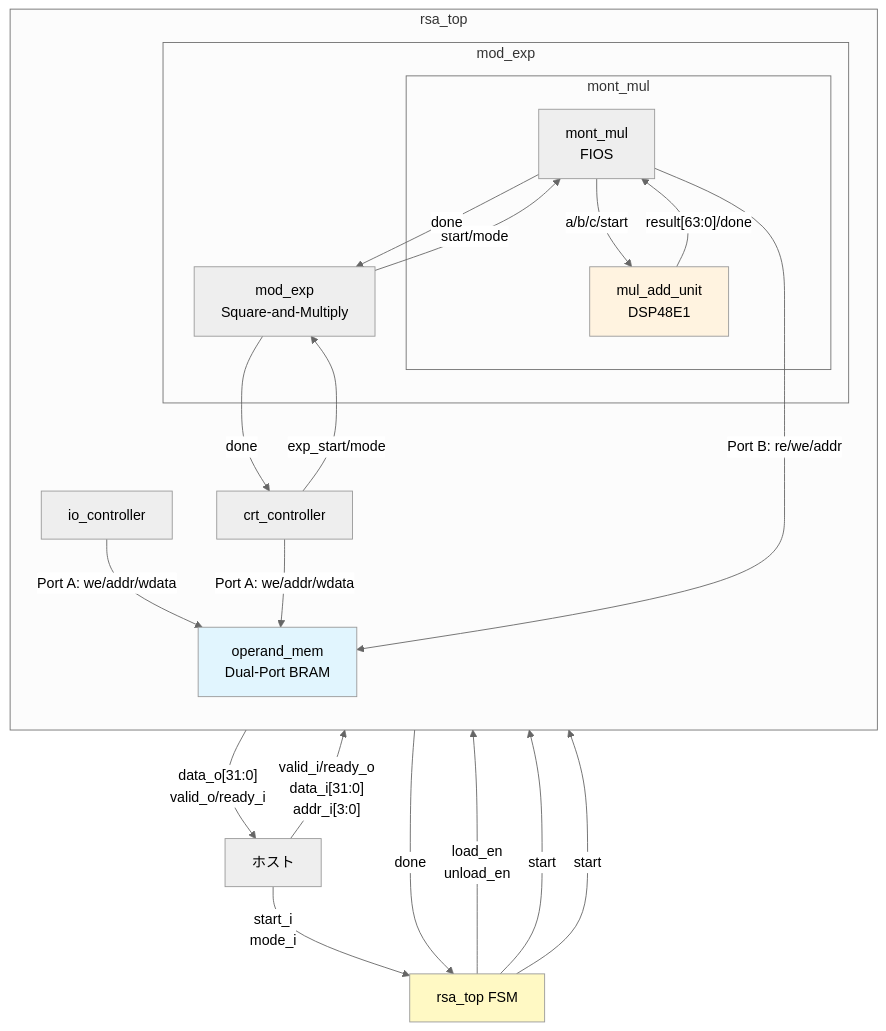
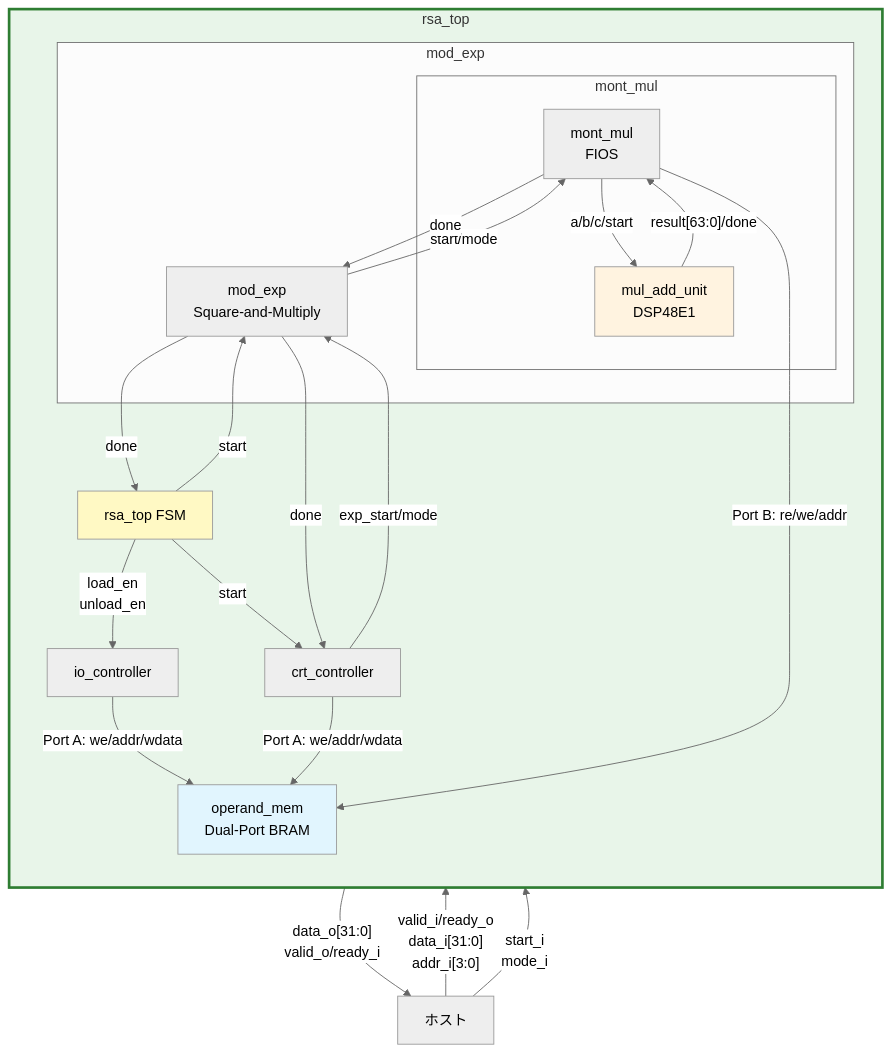
Before and after one commit to a2zime/rsa_2048: the second of 9 diagrams in docs/design_spec.md, drawn with Mermaid (neutral theme). The commit also changed other lines of this file and 6 other files, not shown here.

First line of the commit message:
docs: レビュー指摘対応（§3.3/遷移条件カッコ/タイミング図修正/タイポ/状態遷移図）

````diff
--- a/docs/design_spec.md
+++ b/docs/design_spec.md
@@ -190,38 +190,42 @@
 ```mermaid
 graph TB
-    subgraph "rsa_top"
+    HOST["ホスト"]
+
+    subgraph RSATOP["rsa_top"]
         direction TB
+        RSA_FSM["rsa_top FSM"]
         IO["io_controller"]
         MEM["operand_mem<br/>Dual-Port BRAM"]
         CRT["crt_controller"]
-        subgraph "mod_exp"
+        subgraph MODEXP["mod_exp"]
             EXP["mod_exp<br/>Square-and-Multiply"]
-            subgraph "mont_mul"
+            subgraph MONTMUL["mont_mul"]
                 MONT["mont_mul<br/>FIOS"]
                 MUL["mul_add_unit<br/>DSP48E1"]
             end
         end
     end
 
-    HOST["ホスト"] -- "valid_i/ready_o<br/>data_i[31:0]<br/>addr_i[3:0]" --> IO
+    HOST -- "valid_i/ready_o<br/>data_i[31:0]<br/>addr_i[3:0]" --> IO
     IO -- "data_o[31:0]<br/>valid_o/ready_i" --> HOST
-    HOST -- "start_i<br/>mode_i" --> RSA_FSM["rsa_top FSM"]
+    HOST -- "start_i<br/>mode_i" --> RSA_FSM
     RSA_FSM -- "load_en<br/>unload_en" --> IO
     RSA_FSM -- "start" --> EXP
     RSA_FSM -- "start" --> CRT
 
     IO -- "Port A: we/addr/wdata" --> MEM
     CRT -- "Port A: we/addr/wdata" --> MEM
     MONT -- "Port B: re/we/addr" --> MEM
     EXP -- "start/mode" --> MONT
     MONT -- "a/b/c/start" --> MUL
     MUL -- "result[63:0]/done" --> MONT
     MONT -- "done" --> EXP
     EXP -- "done" --> RSA_FSM
     CRT -- "exp_start/mode" --> EXP
     EXP -- "done" --> CRT
 
+    style RSATOP fill:#e8f5e9,stroke:#2e7d32,stroke-width:3px
     style MEM fill:#e1f5fe
     style MUL fill:#fff3e0
     style RSA_FSM fill:#fff9c4
 ```
````
